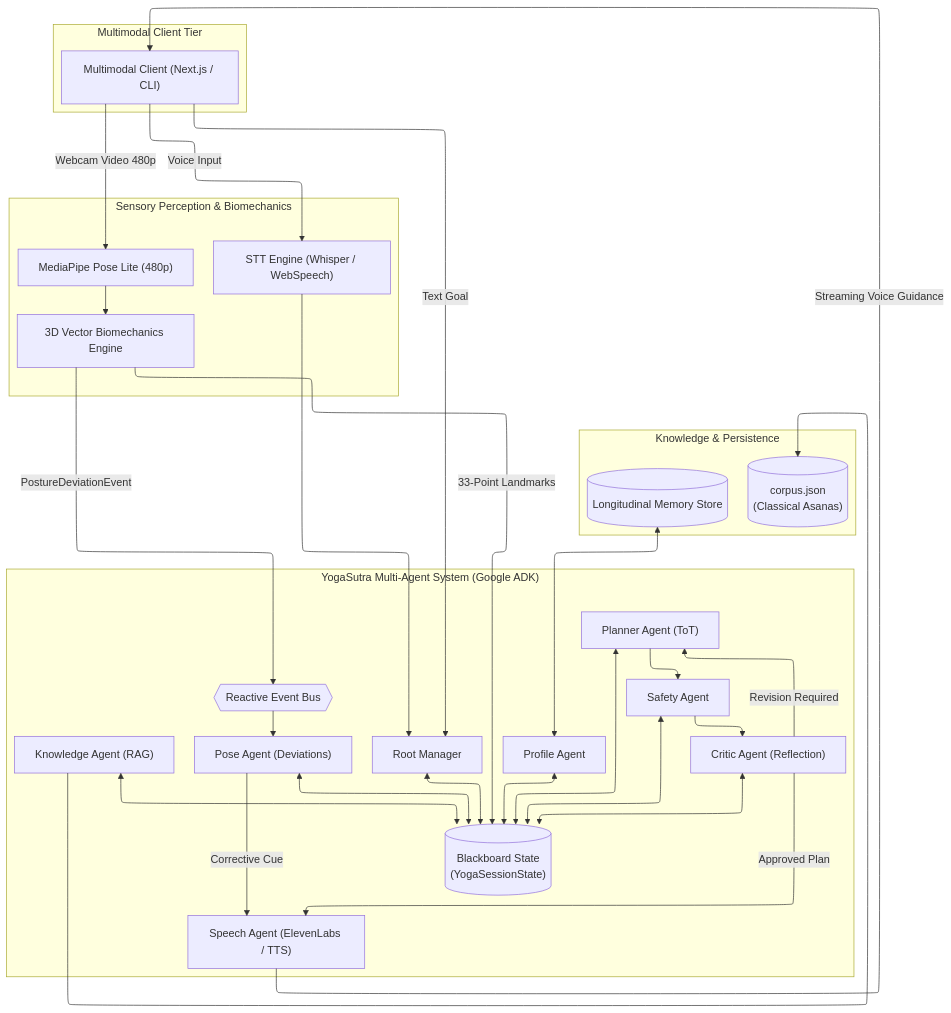
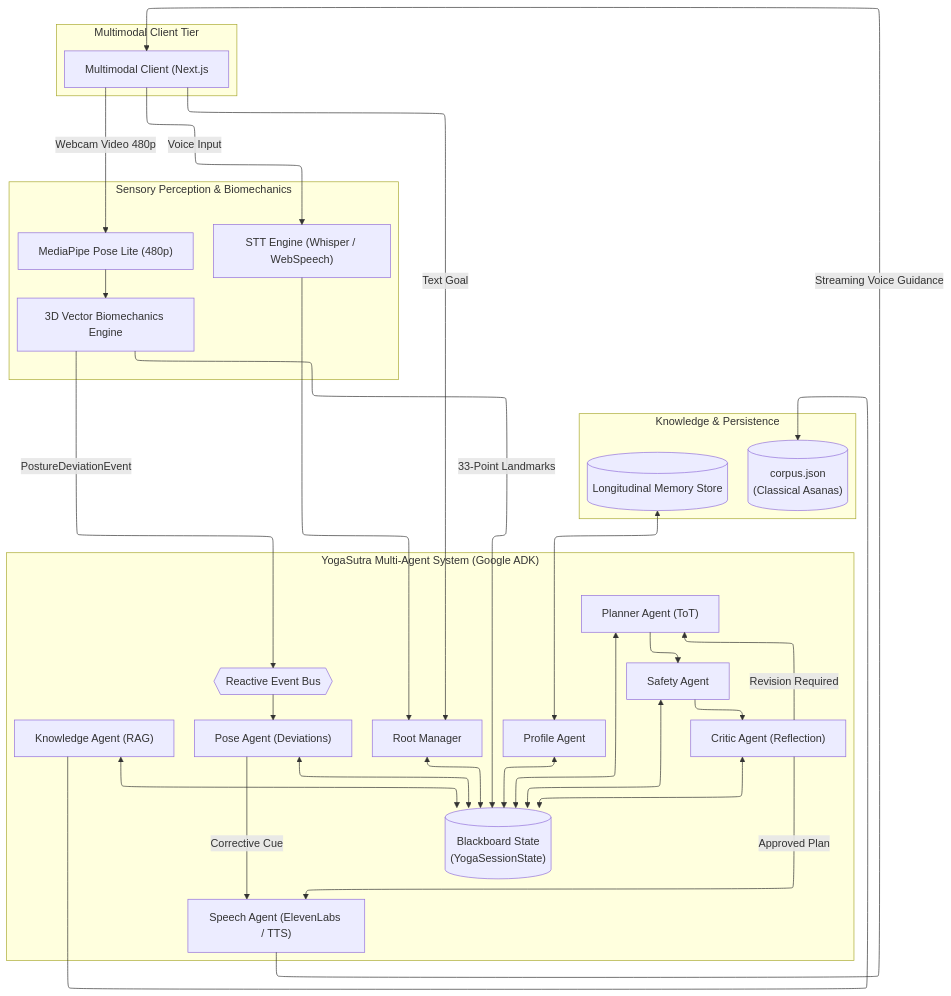
One commit to ojhaprathmesh/YogaSutra_Repo changed the diagram in README.md. Above: the diagram before and after it, drawn with Mermaid. The commit also changed 14 other files, not shown here.

````diff
--- a/README.md
+++ b/README.md
@@ -31,65 +31,65 @@
 ``` mermaid
 ---
 config:
   layout: elk
 ---
 flowchart TB
     subgraph Client["Multimodal Client Tier"]
-        UI["Multimodal Client (Next.js / CLI)"]
+        UI["Multimodal Client (Next.js"]
     end
 
     subgraph Perception["Sensory Perception & Biomechanics"]
         STT["STT Engine (Whisper / WebSpeech)"]
         CV["MediaPipe Pose Lite (480p)"]
         MATH["3D Vector Biomechanics Engine"]
     end
 
     subgraph MAS["YogaSutra Multi-Agent System (Google ADK)"]
         RM["Root Manager"]
         BB[("Blackboard State\n(YogaSessionState)")]
         PA["Profile Agent"]
         KA["Knowledge Agent (RAG)"]
         PL["Planner Agent (ToT)"]
         SV["Safety Agent"]
         CR["Critic Agent (Reflection)"]
         POA["Pose Agent (Deviations)"]
         SA["Speech Agent (ElevenLabs / TTS)"]
         BUS{{"Reactive Event Bus"}}
     end
 
     subgraph Storage["Knowledge & Persistence"]
         CORPUS[("corpus.json\n(Classical Asanas)")]
         MEM[("Longitudinal Memory Store")]
     end
 
     %% Client inputs
     UI -->|Voice Input| STT
     UI -->|Text Goal| RM
     UI -->|Webcam Video 480p| CV
 
     %% Perception to Blackboard & Bus
     STT --> RM
     RM <--> BB
     CV --> MATH
     MATH -->|33-Point Landmarks| BB
     MATH -->|PostureDeviationEvent| BUS
 
     %% Blackboard state access
     PA <--> BB
     KA <--> BB
     PL <--> BB
     SV <--> BB
     CR <--> BB
     POA <--> BB
 
     %% Agent workflows & tools
     MEM <--> PA
     KA --> CORPUS
     PL --> SV
     SV --> CR
     CR -->|Revision Required| PL
     CR -->|Approved Plan| SA
     BUS --> POA
     POA -->|Corrective Cue| SA
     SA -->|Streaming Voice Guidance| UI
 ```
````
